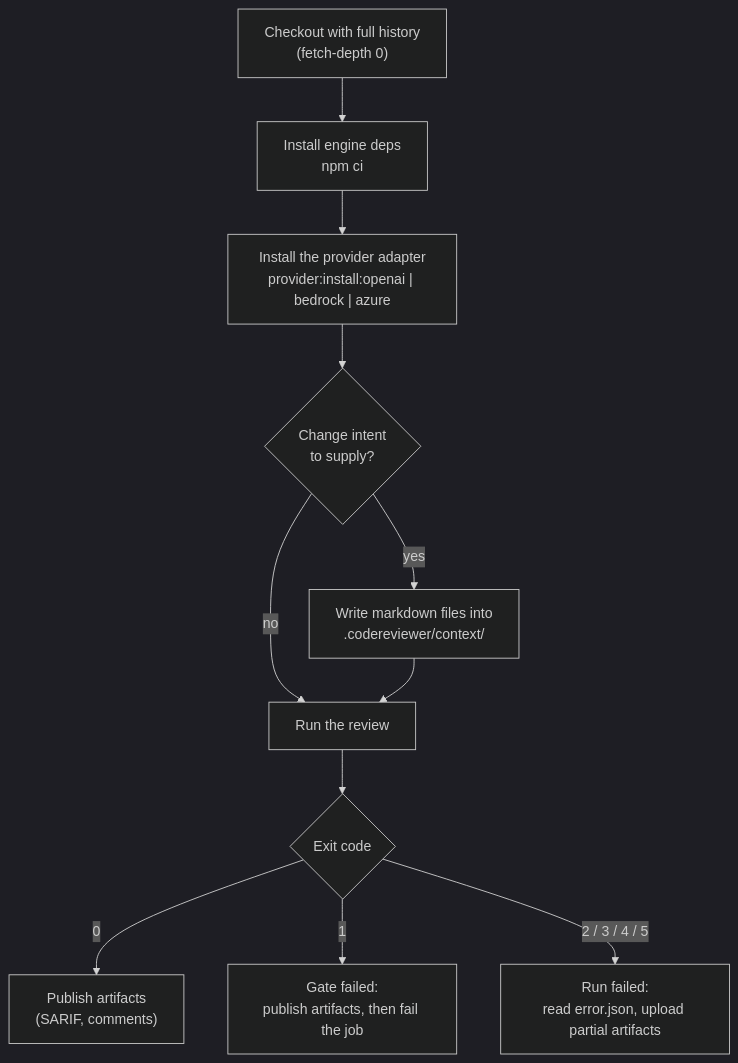
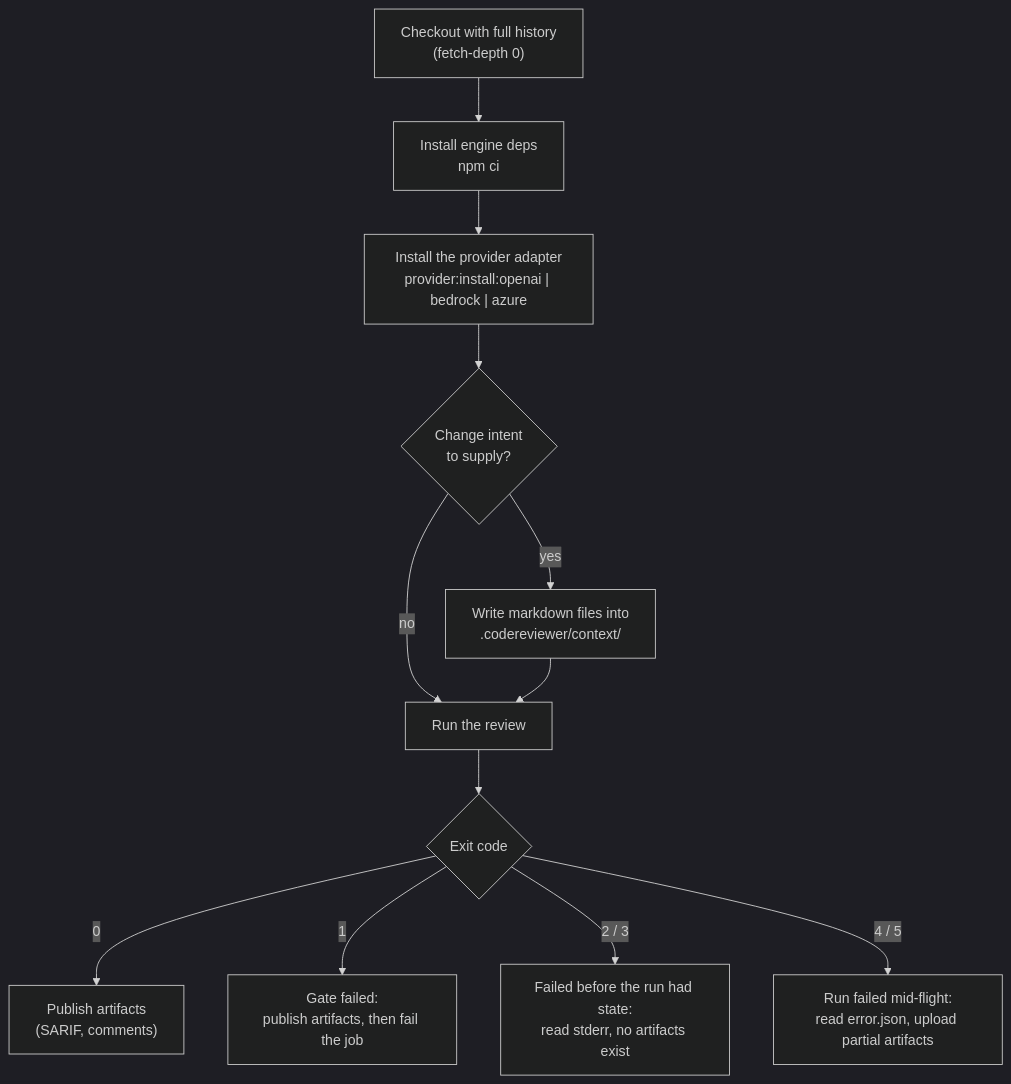
One commit to sebastianwessel/codereviewer changed the diagram in docs/04-guides/ci-cd.md. Above: the diagram before and after it, drawn with Mermaid (dark theme). The commit also changed other lines of this file and 43 other files, not shown here.

````diff
--- a/docs/04-guides/ci-cd.md
+++ b/docs/04-guides/ci-cd.md
@@ -85,13 +85,14 @@
 ```mermaid
 flowchart TD
   A["Checkout with full history<br/>(fetch-depth 0)"] --> B["Install engine deps<br/>npm ci"]
   B --> C["Install the provider adapter<br/>provider:install:openai | bedrock | azure"]
   C --> D{"Change intent<br/>to supply?"}
   D -- yes --> E["Write markdown files into<br/>.codereviewer/context/"]
   D -- no --> F
   E --> F["Run the review"]
   F --> G{"Exit code"}
   G -- 0 --> H["Publish artifacts<br/>(SARIF, comments)"]
   G -- 1 --> I["Gate failed:<br/>publish artifacts, then fail the job"]
-  G -- "2 / 3 / 4 / 5" --> J["Run failed:<br/>read error.json, upload partial artifacts"]
+  G -- "2 / 3" --> J["Failed before the run had state:<br/>read stderr, no artifacts exist"]
+  G -- "4 / 5" --> K["Run failed mid-flight:<br/>read error.json, upload partial artifacts"]
 ```
````
